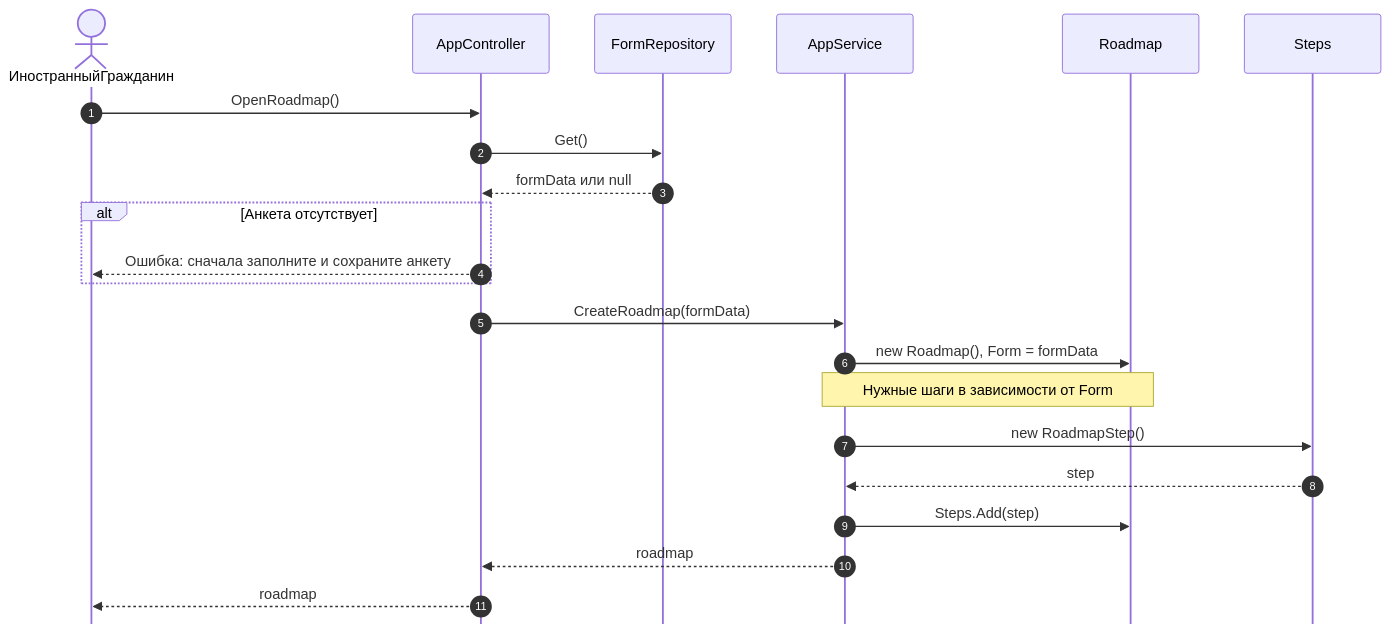
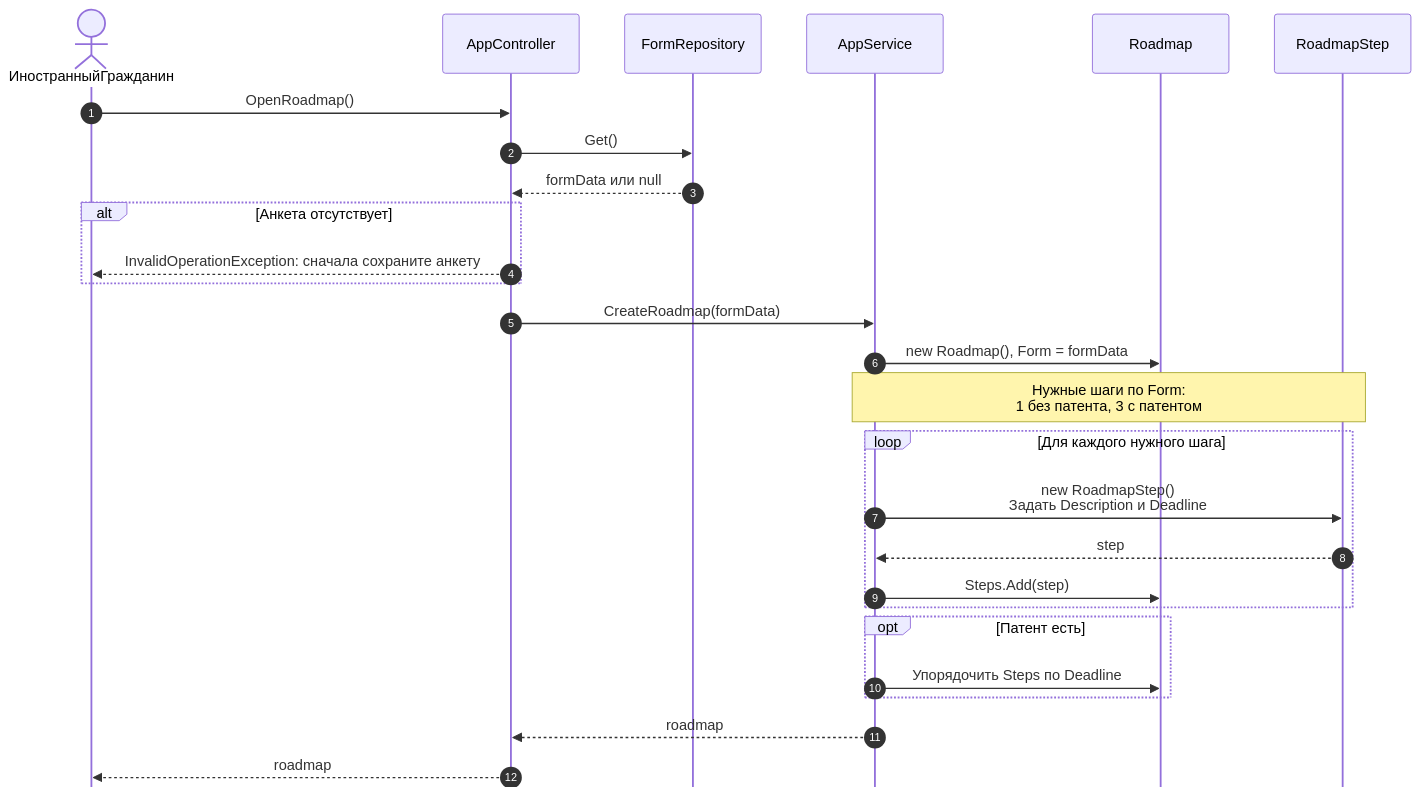
One commit to Edmorton1/peace changed the second of 2 diagrams in _docs/lab4.md. Above: the diagram before and after it, drawn with Mermaid. The commit also changed other lines of this file and 1 other file, not shown here.

Commit message:
соответсвие с кодом

````diff
--- a/_docs/lab4.md
+++ b/_docs/lab4.md
@@ -30,27 +34,32 @@
 ```mermaid
 %%{init: {'sequence': {'mirrorActors': false}}}%%
 sequenceDiagram
     autonumber
     actor ИностранныйГражданин
     participant AppController
     participant FormRepository
     participant AppService
     participant Roadmap
-    participant Steps
+    participant RoadmapStep
     ИностранныйГражданин->>AppController: OpenRoadmap()
     AppController->>FormRepository: Get()
     FormRepository-->>AppController: formData или null
 
     alt Анкета отсутствует
-        AppController-->>ИностранныйГражданин: Ошибка: сначала заполните и сохраните анкету
+        AppController-->>ИностранныйГражданин: InvalidOperationException: сначала сохраните анкету
     end
 
     AppController->>AppService: CreateRoadmap(formData)
     AppService->>Roadmap: new Roadmap(), Form = formData
-    Note over AppService,Roadmap: Нужные шаги в зависимости от Form
-    AppService->>Steps: new RoadmapStep()
-    Steps-->>AppService: step
-    AppService->>Roadmap: Steps.Add(step)
+    Note over AppService,RoadmapStep: Нужные шаги по Form:<br/>1 без патента, 3 с патентом
+    loop Для каждого нужного шага
+        AppService->>RoadmapStep: new RoadmapStep()<br/>Задать Description и Deadline
+        RoadmapStep-->>AppService: step
+        AppService->>Roadmap: Steps.Add(step)
+    end
+    opt Патент есть
+        AppService->>Roadmap: Упорядочить Steps по Deadline
+    end
     AppService-->>AppController: roadmap
     AppController-->>ИностранныйГражданин: roadmap
 ```
````
